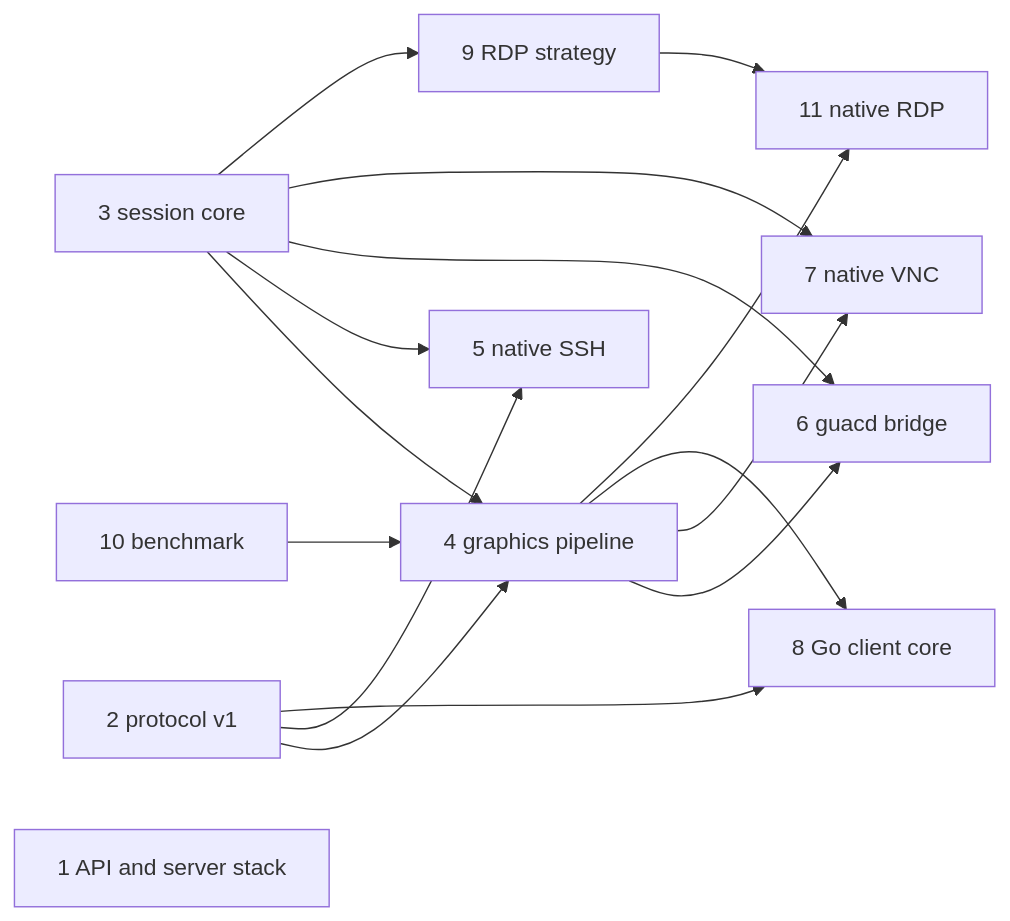
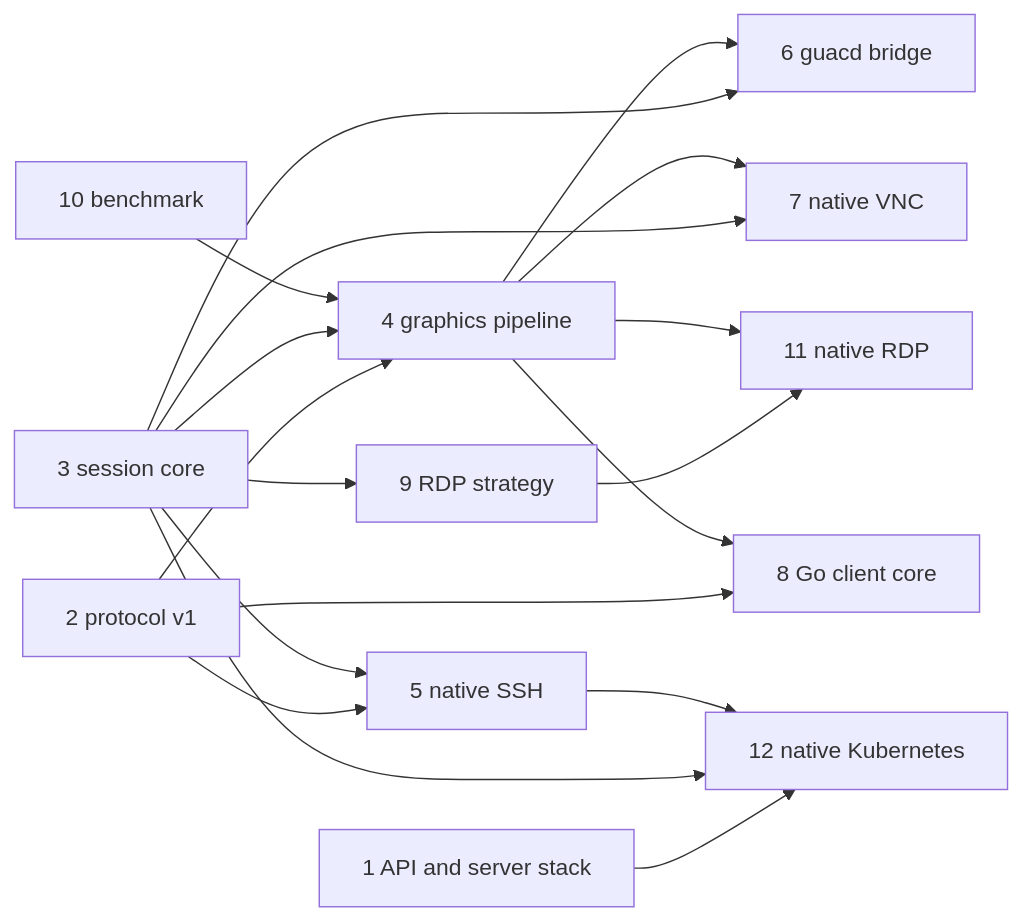
The second of 2 diagrams in specs/008-native-architecture.md (changkun/occamy), drawn with Mermaid before and after one commit. The commit also changed other lines of this file and 2 other files, not shown here.

Commit message:
specs: add the Kubernetes backend to 008's scope and breakdown, and serve Kubernetes natively in guacd-bridge

````diff
--- a/specs/008-native-architecture.md
+++ b/specs/008-native-architecture.md
@@ -269,18 +277,20 @@
 ```mermaid
 graph LR
   P[2 protocol v1] --> G[4 graphics pipeline]
   S[3 session core] --> G
   P --> SSH[5 native SSH]
   S --> SSH
   S --> B[6 guacd bridge]
   G --> B
   S --> VNC[7 native VNC]
   G --> VNC
   P --> CC[8 Go client core]
   G --> CC
   S --> RDP[9 RDP strategy]
   RDP --> NRDP[11 native RDP]
   G --> NRDP
   BM[10 benchmark] --> G
-  A[1 API and server stack]
+  A[1 API and server stack] --> K8S[12 native Kubernetes]
+  S --> K8S
+  SSH --> K8S
 ```
````
